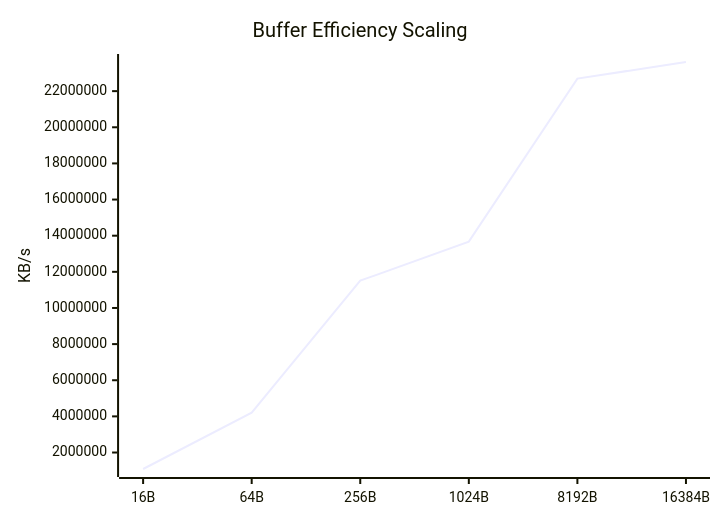
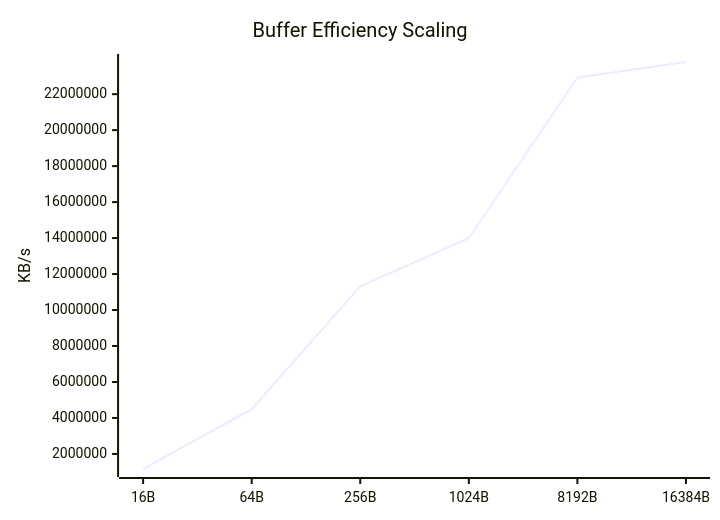
One commit to taha2samy/openssl_fips changed the eighth of 9 diagrams in docs/Comparison_Report.md. Above: the diagram before and after it, drawn with Mermaid. The commit also changed other lines of this file and 3 other files, not shown here.

````diff
--- a/docs/Comparison_Report.md
+++ b/docs/Comparison_Report.md
@@ -118,7 +118,7 @@
 ```mermaid
 xychart-beta
     title "Buffer Efficiency Scaling"
     x-axis [16B, 64B, 256B, 1024B, 8192B, 16384B]
     y-axis "KB/s"
-    line [1087877.46, 4208894.21, 11510801.92, 13673346.56, 22693818.37, 23612678.14]
+    line [1162031.32, 4492645.44, 11322855.55, 13991643.65, 22923558.91, 23788240.9]
 ```
````
